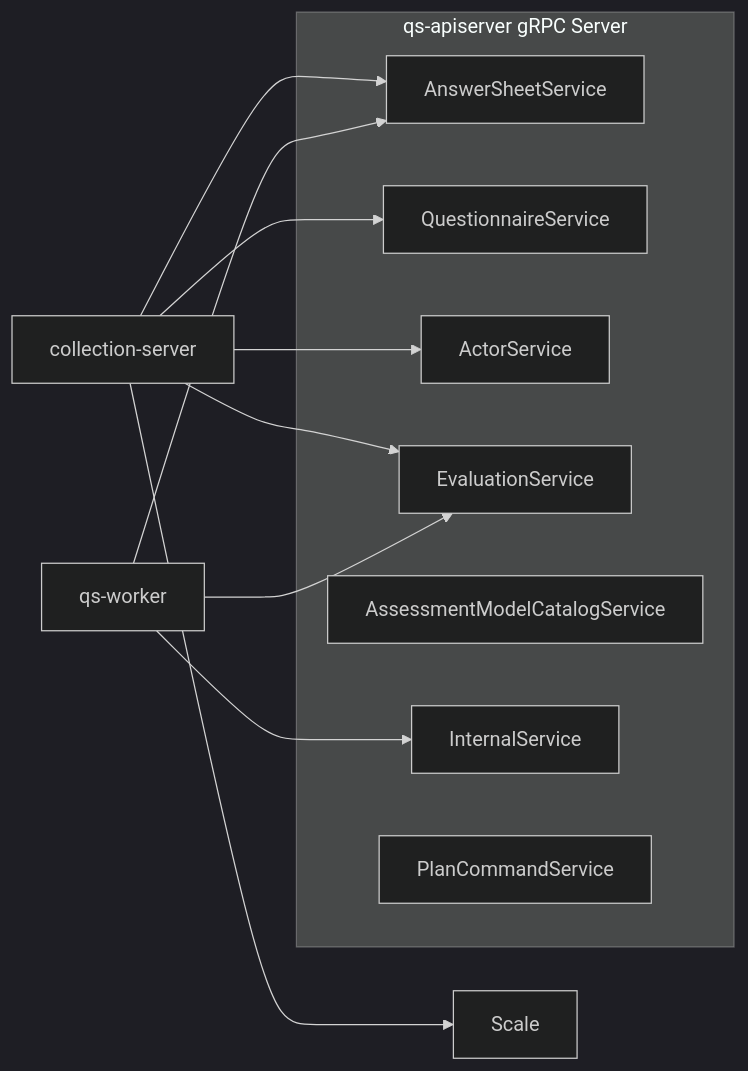
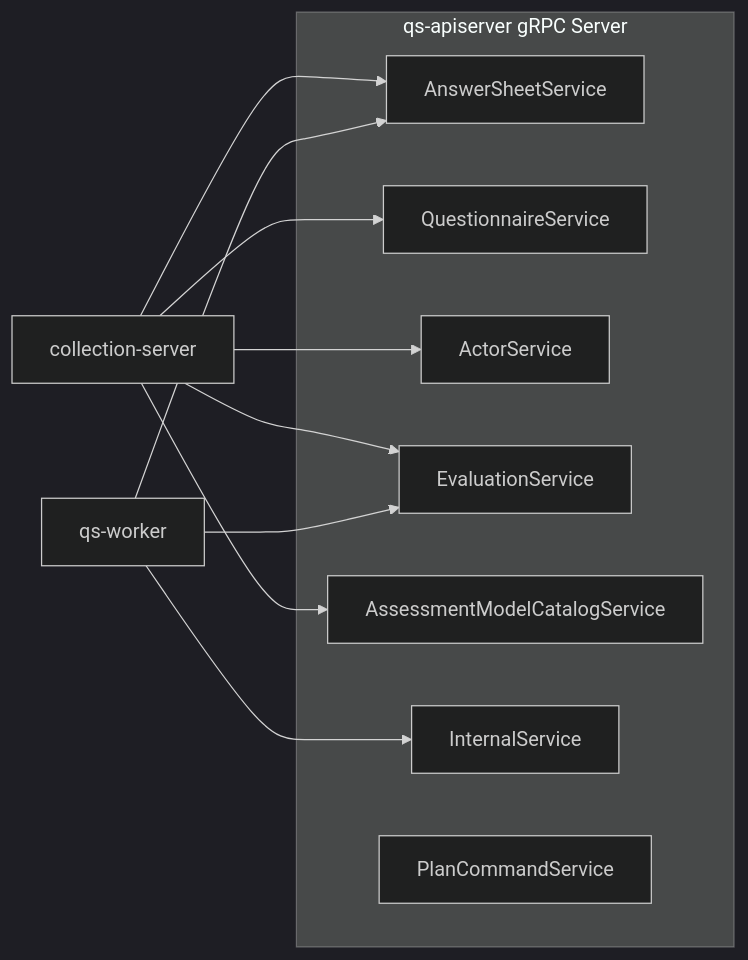
One commit to FangcunMount/qs-server changed the diagram in docs/04-接口与运维/03-gRPC契约.md. Above: the diagram before and after it, drawn with Mermaid (dark theme). The commit also changed other lines of this file and 181 other files, not shown here.

````diff
--- a/docs/04-接口与运维/03-gRPC契约.md
+++ b/docs/04-接口与运维/03-gRPC契约.md
@@ -28,25 +28,25 @@
 ```mermaid
 flowchart LR
     Collection["collection-server"]
     Worker["qs-worker"]
 
     subgraph API["qs-apiserver gRPC Server"]
         AS["AnswerSheetService"]
         QS["QuestionnaireService"]
         Actor["ActorService"]
         Eval["EvaluationService"]
         Catalog["AssessmentModelCatalogService"]
         Internal["InternalService"]
         Plan["PlanCommandService"]
     end
 
     Collection --> AS
     Collection --> QS
     Collection --> Actor
     Collection --> Eval
-    Collection --> Scale
+    Collection --> Catalog
 
     Worker --> AS
     Worker --> Eval
     Worker --> Internal
 ```
````
